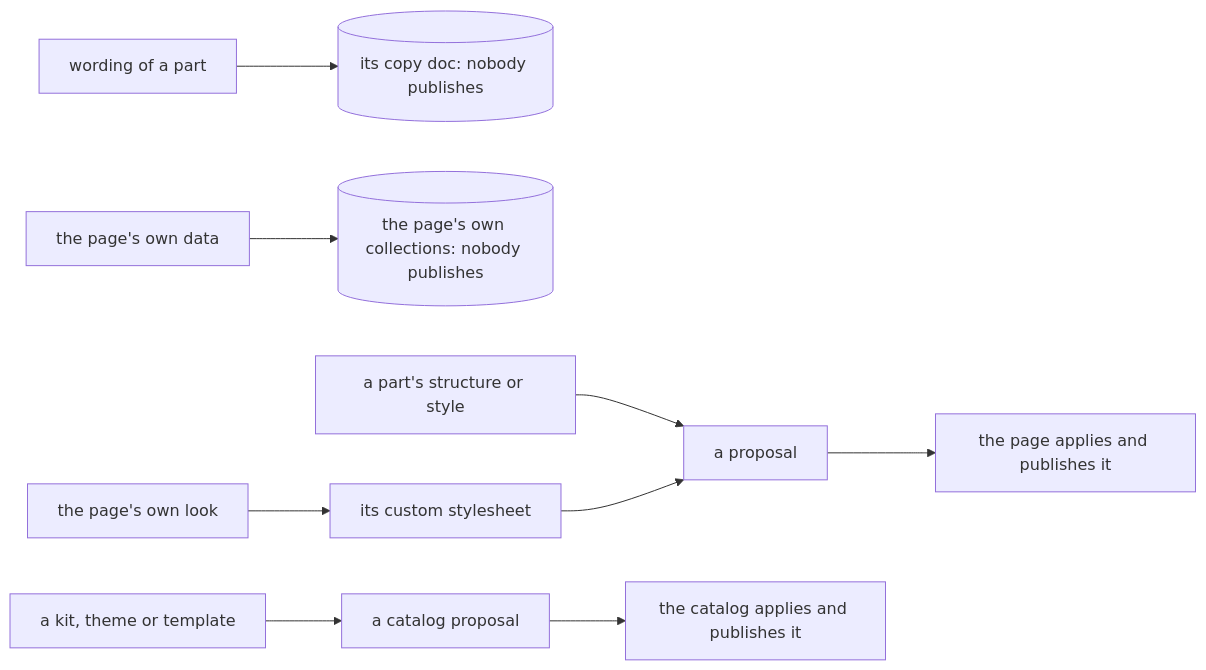
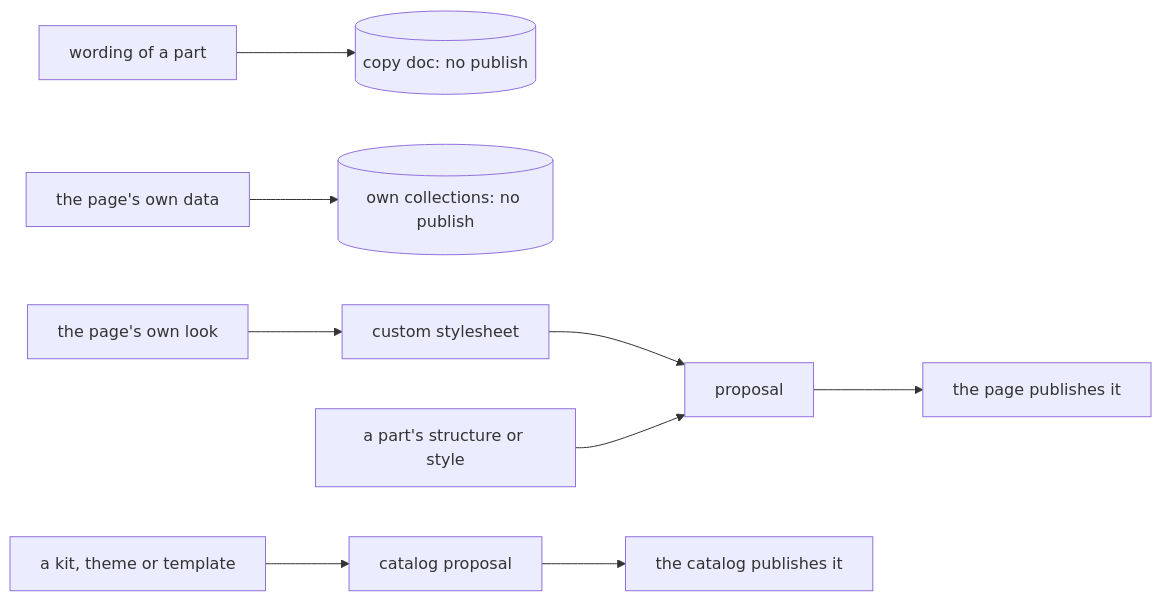
Before and after one commit to fblgit/artifacts-done-properly: the second of 6 diagrams in plugins/artifacts-done-properly/skills/adp/catalog/kit/guides/artifact-dataplane.md, drawn with Mermaid. The commit also changed other lines of this file and 4 other files, not shown here.

First line of the commit message:
Guide review fixes; its Mermaid diagrams wear the chosen theme and fit the column

````diff
--- a/plugins/artifacts-done-properly/skills/adp/catalog/kit/guides/artifact-dataplane.md
+++ b/plugins/artifacts-done-properly/skills/adp/catalog/kit/guides/artifact-dataplane.md
@@ -55,8 +55,8 @@
 ```mermaid
 flowchart LR
-  w["wording of a part"] --> cd[("its copy doc: nobody publishes")]
-  d["the page's own data"] --> nd[("the page's own collections: nobody publishes")]
-  s["a part's structure or style"] --> pr["a proposal"] --> pg["the page applies and publishes it"]
-  l["the page's own look"] --> css["its custom stylesheet"] --> pr
-  k["a kit, theme or template"] --> cp["a catalog proposal"] --> cg["the catalog applies and publishes it"]
+  w["wording of a part"] --> cd[("copy doc: no publish")]
+  d["the page's own data"] --> nd[("own collections: no publish")]
+  l["the page's own look"] --> css["custom stylesheet"] --> pr
+  s["a part's structure or style"] --> pr["proposal"] --> pg["the page publishes it"]
+  k["a kit, theme or template"] --> cp["catalog proposal"] --> cg["the catalog publishes it"]
 ```
````
